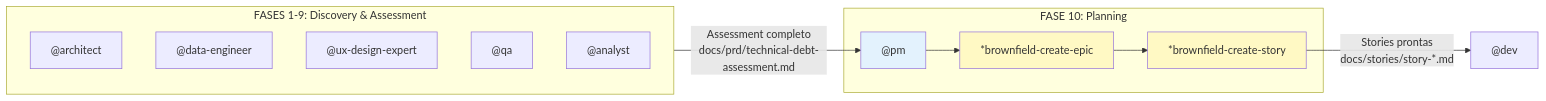
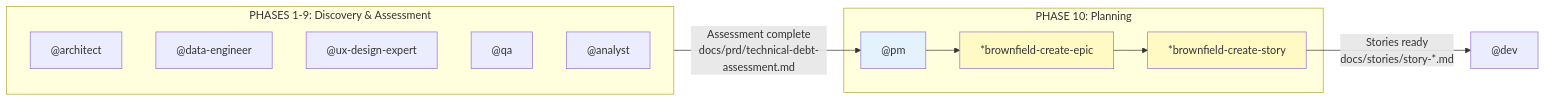
Before and after one commit to CyryxLabs/AEXOS: the eighth of 8 diagrams in docs/guides/agents/PM-SYSTEM.md, drawn with Mermaid. The commit also changed other lines of this file and 528 other files, not shown here.

````diff
--- a/docs/guides/agents/PM-SYSTEM.md
+++ b/docs/guides/agents/PM-SYSTEM.md
@@ -514,25 +514,25 @@
 ```mermaid
 flowchart LR
-    subgraph PHASE_1_9["FASES 1-9: Discovery & Assessment"]
+    subgraph PHASE_1_9["PHASES 1-9: Discovery & Assessment"]
         ARCH["@architect"]
         DATA["@data-engineer"]
         UX["@ux-design-expert"]
         QA["@qa"]
         ANALYST["@analyst"]
     end
 
-    subgraph PHASE_10["FASE 10: Planning"]
+    subgraph PHASE_10["PHASE 10: Planning"]
         PM["@pm"]
         EPIC["*brownfield-create-epic"]
         STORY["*brownfield-create-story"]
     end
 
-    PHASE_1_9 -->|"Assessment completo<br/>docs/prd/technical-debt-assessment.md"| PM
+    PHASE_1_9 -->|"Assessment complete<br/>docs/prd/technical-debt-assessment.md"| PM
     PM --> EPIC
     EPIC --> STORY
-    STORY -->|"Stories prontas<br/>docs/stories/story-*.md"| DEV["@dev"]
+    STORY -->|"Stories ready<br/>docs/stories/story-*.md"| DEV["@dev"]
 
     style PM fill:#e3f2fd
     style EPIC fill:#fff9c4
     style STORY fill:#fff9c4
 ```
````
